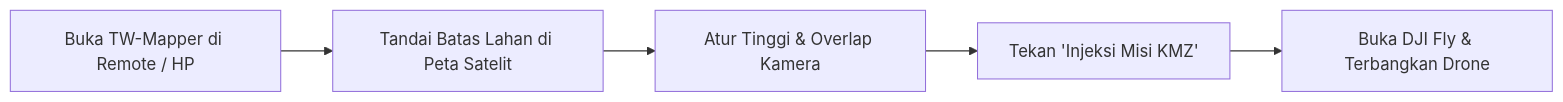
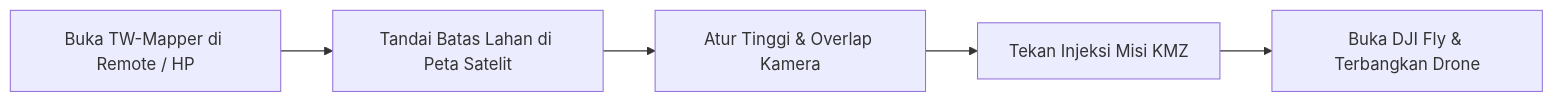
The diagram in src/content/docs/panduan-pilot/pengenalan.md (TW-Enterprise/TW-Mapper-Mobile-Docs), drawn with Mermaid before and after one commit. The commit also changed 12 other files, not shown here.

Commit message:
fix(docs): quote all mermaid node labels and subgraph titles to prevent syntax errors

````diff
--- a/src/content/docs/panduan-pilot/pengenalan.md
+++ b/src/content/docs/panduan-pilot/pengenalan.md
@@ -32,7 +32,7 @@
 ```mermaid
 flowchart LR
-    A[Buka TW-Mapper di Remote / HP] --> B[Tandai Batas Lahan di Peta Satelit]
-    B --> C[Atur Tinggi & Overlap Kamera]
-    C --> D[Tekan 'Injeksi Misi KMZ']
-    D --> E[Buka DJI Fly & Terbangkan Drone]
+    A["Buka TW-Mapper di Remote / HP"] --> B["Tandai Batas Lahan di Peta Satelit"]
+    B --> C["Atur Tinggi & Overlap Kamera"]
+    C --> D["Tekan Injeksi Misi KMZ"]
+    D --> E["Buka DJI Fly & Terbangkan Drone"]
 ```
````
